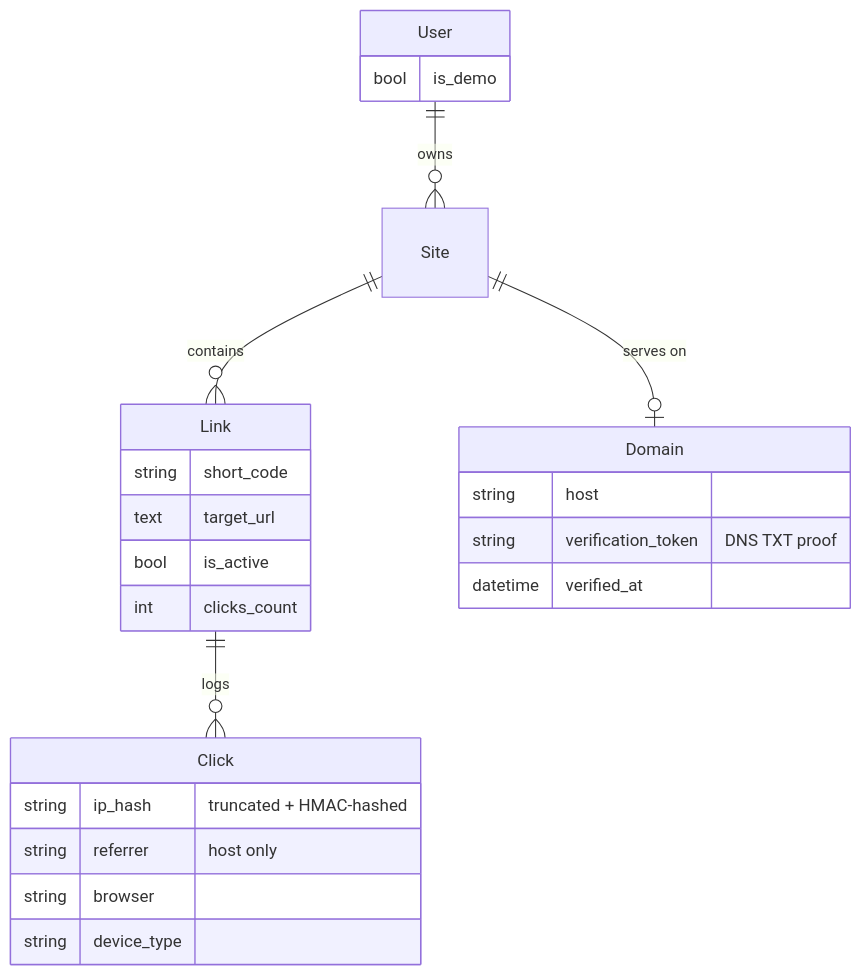
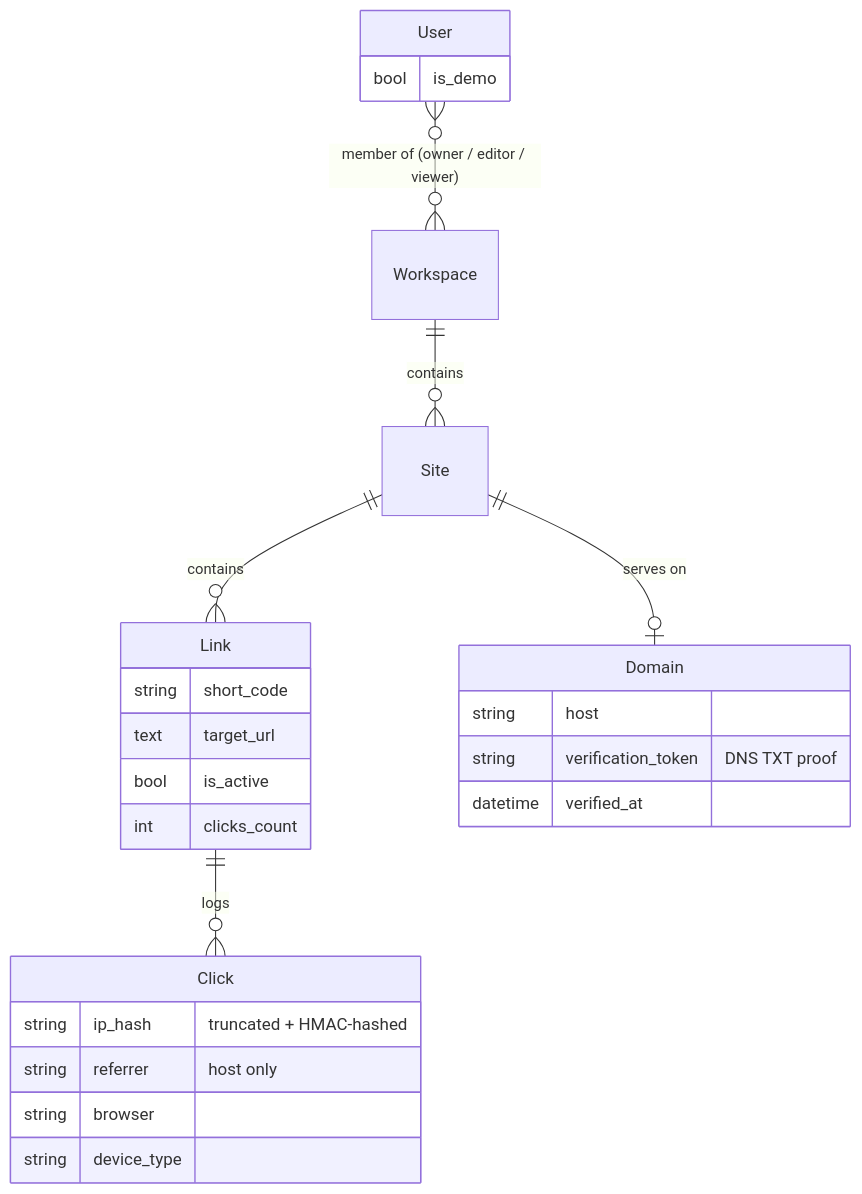
The first of 2 diagrams in README.md (Aberfort/linkfleet), drawn with Mermaid before and after one commit. The commit also changed other lines of this file and 36 other files, not shown here.

````diff
--- a/README.md
+++ b/README.md
@@ -27,28 +27,29 @@
 ```mermaid
 erDiagram
-    User ||--o{ Site : owns
+    User }o--o{ Workspace : "member of (owner / editor / viewer)"
+    Workspace ||--o{ Site : contains
     Site ||--o{ Link : contains
     Site ||--o| Domain : "serves on"
     Link ||--o{ Click : logs
 
     User {
         bool is_demo
     }
     Domain {
         string host
         string verification_token "DNS TXT proof"
         datetime verified_at
     }
     Link {
         string short_code
         text target_url
         bool is_active
         int clicks_count
     }
     Click {
         string ip_hash "truncated + HMAC-hashed"
         string referrer "host only"
         string browser
         string device_type
     }
 ```
````
